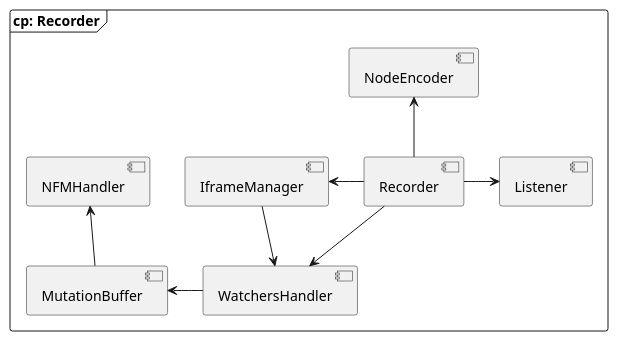
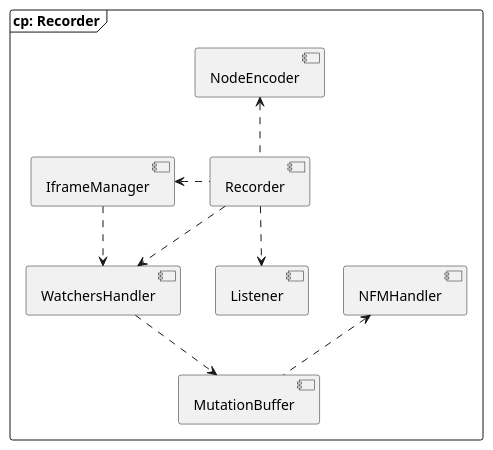
One commit to SSMM0498/arkad-conception changed the diagram in models/6.Component/1.recorder.puml. Above: the diagram before and after it, drawn with PlantUML. The commit also changed 1 other file, not shown here.

Commit message:
upd : player state diagram

```diff
--- a/models/6.Component/1.recorder.puml
+++ b/models/6.Component/1.recorder.puml
@@ -1,14 +1,14 @@
 @startuml "Recorder Component Diagram"
 skinparam shadowing false
 skinparam monochrome true
 
 frame "cp: Recorder" {
-    [Recorder] -right-> [Listener]
-    [Recorder] -up-> [NodeEncoder]
-    [Recorder] -down-> [WatchersHandler]
-    [IframeManager] -down-> [WatchersHandler]
-    [Recorder] -left-> [IframeManager]
-    [WatchersHandler] -left-> [MutationBuffer]
-    [MutationBuffer] -up-> [NFMHandler]
+    [Recorder] .down.> [Listener]
+    [Recorder] .up.> [NodeEncoder]
+    [Recorder] .down.> [WatchersHandler]
+    [IframeManager] .down.> [WatchersHandler]
+    [Recorder] .left.> [IframeManager]
+    [WatchersHandler] .down.> [MutationBuffer]
+    [MutationBuffer] .up.> [NFMHandler]
 }
 @enduml
```
